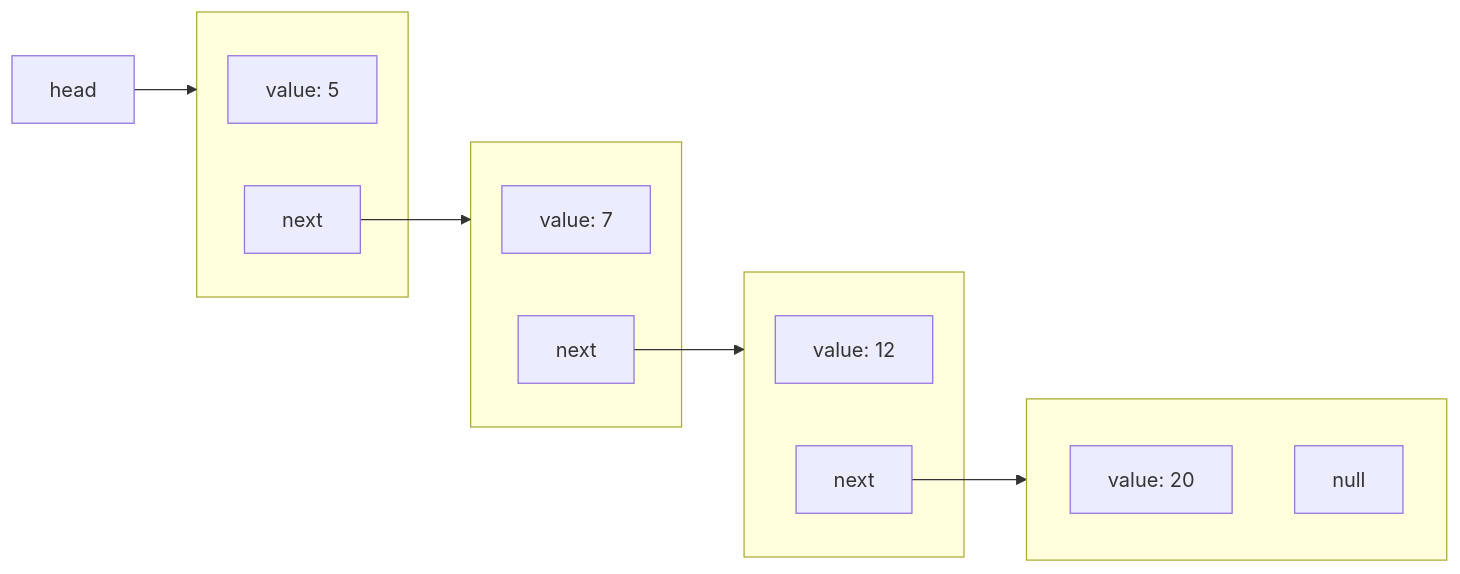
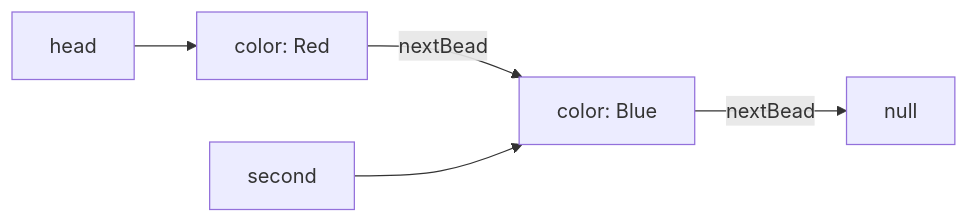
Before and after one commit to 3strategy/BeautifulMivney: the first of 2 diagrams in mivney/3node/Chapter3.md, drawn with Mermaid. The commit also changed other lines of this file, not shown here.

```diff
--- a/mivney/3node/Chapter3.md
+++ b/mivney/3node/Chapter3.md
@@ -24,26 +94,7 @@
 <div class="mermaid">
-
 graph LR
-    subgraph A[" "]
-        A1["value: 5"]
-        A2["next"]
-    end
-    subgraph B[" "]
-        B1["value: 7"]
-        B2["next"]
-    end
-    subgraph C[" "]
-        C1["value: 12"]
-        C2["next"]
-    end
-    subgraph D[" "]
-        D1["value: 20"]
-        D2["null"]
-    end
-
-    A2 --> B
-    B2 --> C
-    C2 --> D
-    head -->A
-
+    H["head"] --> A["color: Red"]
+    A -->|"nextBead"| B["color: Blue"]
+    B -->|"nextBead"| N["null"]
+    S["second"] --> B
 </div>
```
